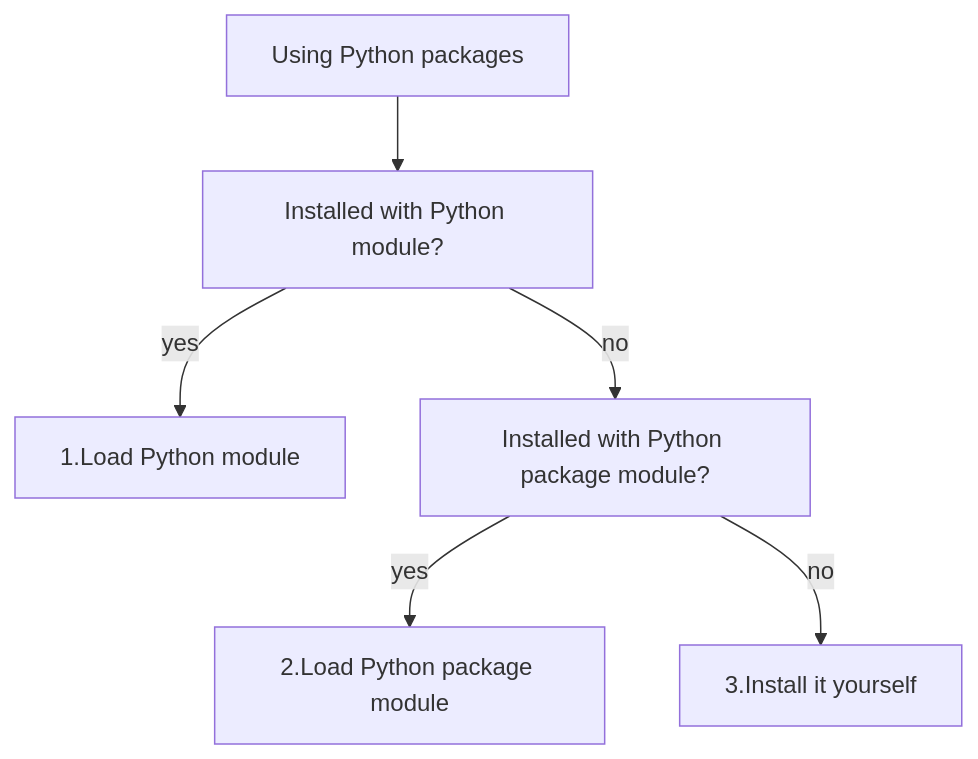
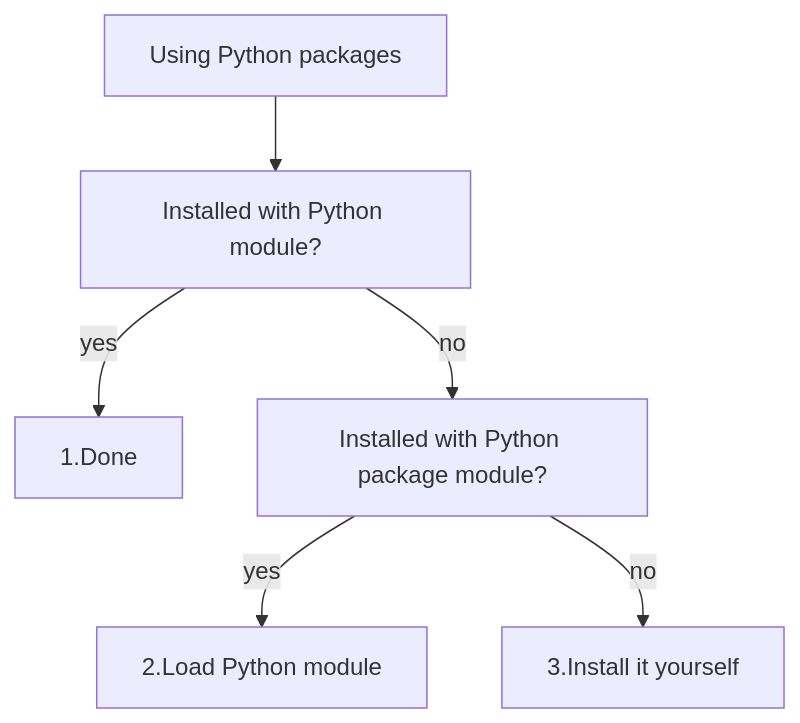
The diagram in docs/python/package_user_journey.mmd (UPPMAX/R-python-julia-matlab-HPC), drawn with Mermaid before and after one commit.

Commit message:
Improve graph

```diff
--- a/docs/python/package_user_journey.mmd
+++ b/docs/python/package_user_journey.mmd
@@ -1,13 +1,13 @@
 flowchart TD
   using_python_packages[Using Python packages]
   installed_with_python[Installed with Python module?]
-  use_python[1.Load Python module]
+  use_python[1.Done]
   installed_with_module[Installed with Python package module?]
-  use_module[2.Load Python package module]
+  use_module[2.Load Python module]
   install_yourself[3.Install it yourself]
 
   using_python_packages --> installed_with_python
   installed_with_python -->|yes|use_python
   installed_with_python -->|no|installed_with_module
   installed_with_module -->|yes|use_module
   installed_with_module -->|no|install_yourself
```
